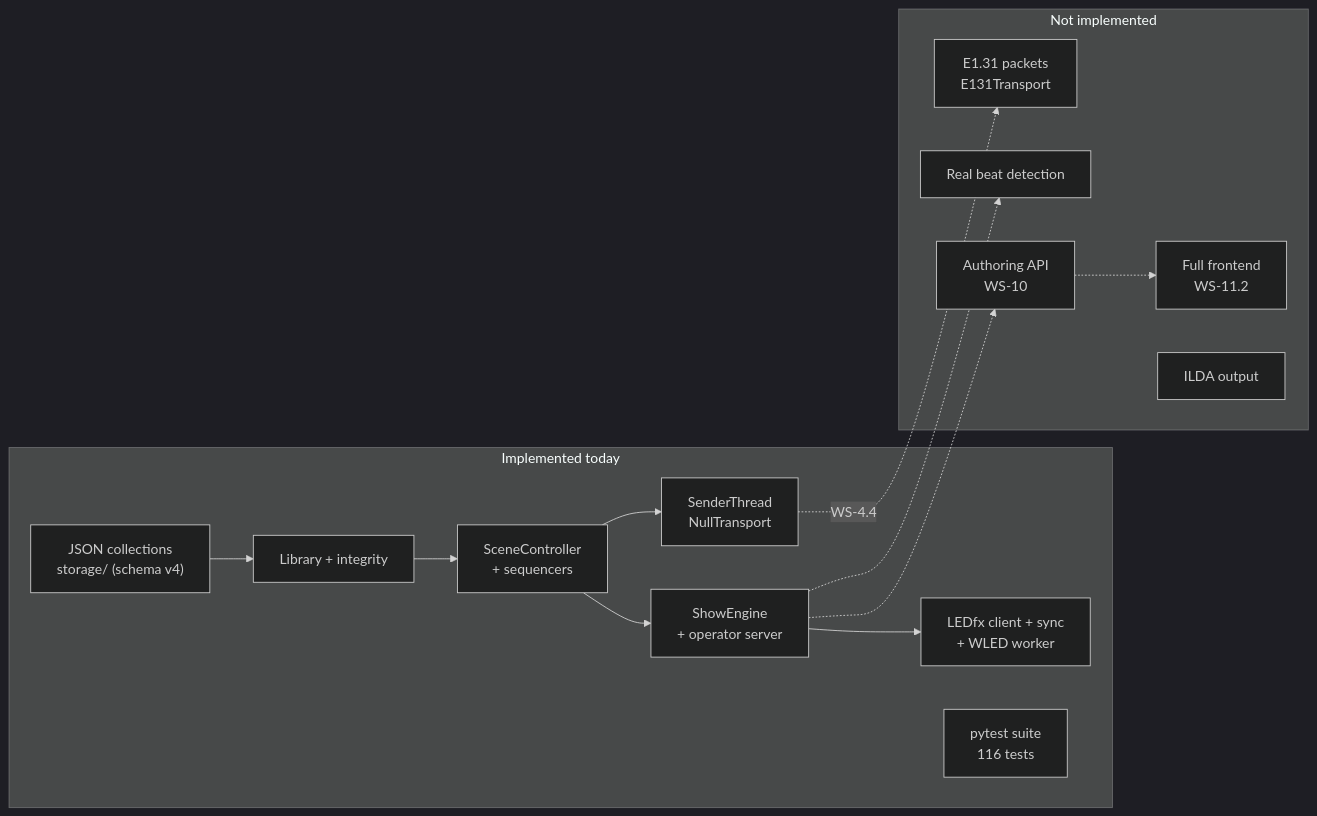
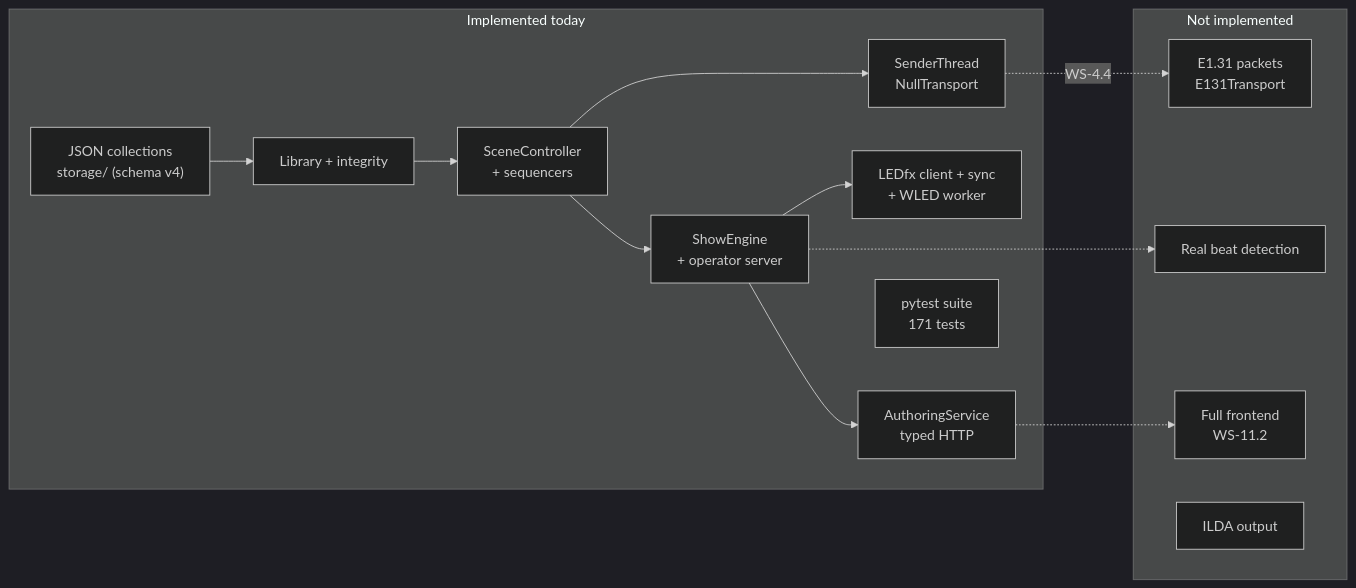
The diagram in docs/project_overview.md (glane339/lightsappnew), drawn with Mermaid (dark theme) before and after one commit. The commit also changed other lines of this file and 62 other files, not shown here.

````diff
--- a/docs/project_overview.md
+++ b/docs/project_overview.md
@@ -245,25 +247,26 @@
 ```mermaid
 flowchart LR
     subgraph now["Implemented today"]
         S1["JSON collections<br/>storage/ (schema v4)"]
         S2["Library + integrity"]
         S3["SceneController<br/>+ sequencers"]
         S4["ShowEngine<br/>+ operator server"]
         S5["SenderThread<br/>NullTransport"]
         S6["LEDfx client + sync<br/>+ WLED worker"]
-        S7["pytest suite<br/>116 tests"]
+        S7["AuthoringService<br/>typed HTTP"]
+        S8["pytest suite<br/>171 tests"]
         S1 --> S2 --> S3 --> S4
         S3 --> S5
         S4 --> S6
+        S4 --> S7
     end
     subgraph gap["Not implemented"]
         G1["E1.31 packets<br/>E131Transport"]
         G2["Real beat detection"]
-        G3["Authoring API<br/>WS-10"]
         G4["Full frontend<br/>WS-11.2"]
         G5["ILDA output"]
     end
     S5 -.->|"WS-4.4"| G1
     S4 -.-> G2
-    S4 -.-> G3 -.-> G4
+    S7 -.-> G4
 ```
````
